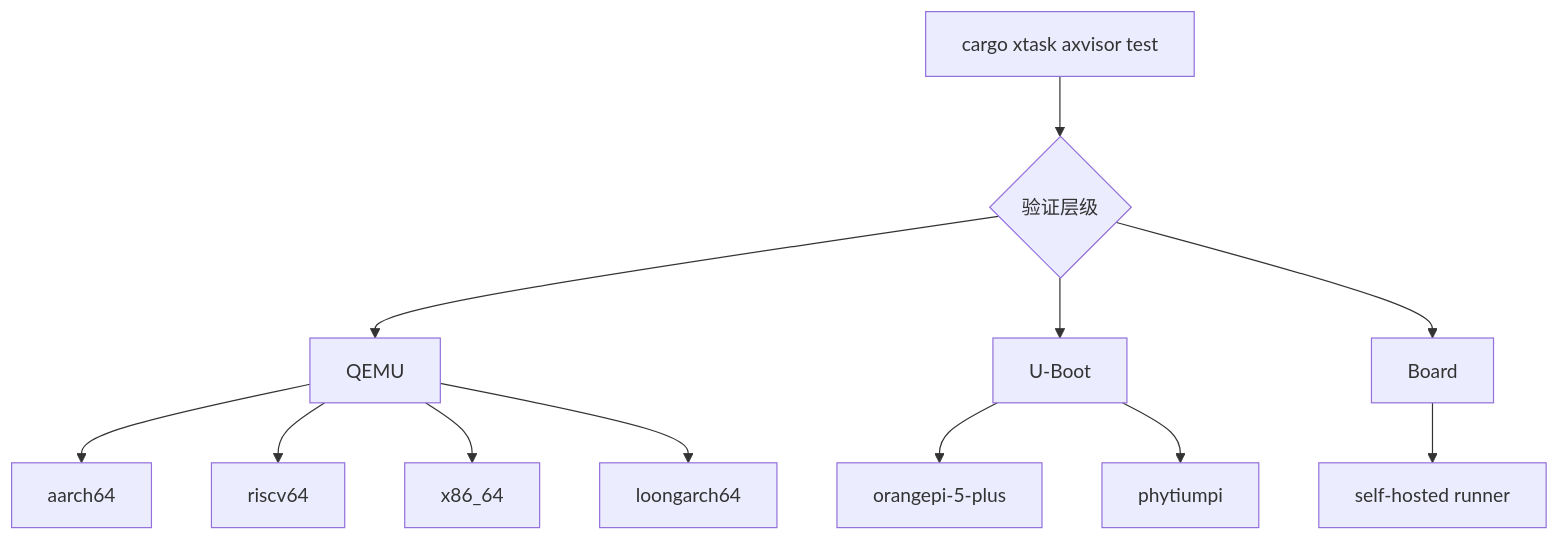
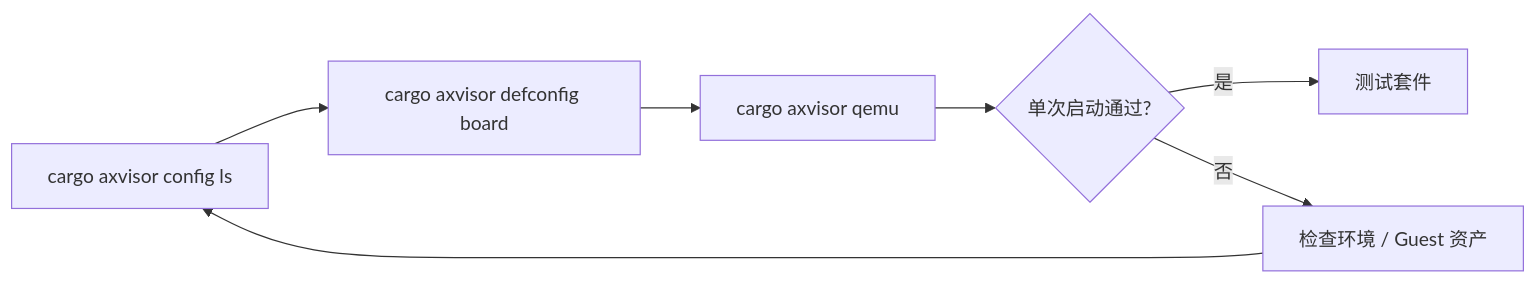
One commit to rcore-os/tgoskits changed the diagram in docs/docs/quickstart/axvisor.md. Above: the diagram before and after it, drawn with Mermaid. The commit also changed other lines of this file and 8 other files, not shown here.

````diff
--- a/docs/docs/quickstart/axvisor.md
+++ b/docs/docs/quickstart/axvisor.md
@@ -11,14 +11,9 @@
 ```mermaid
-flowchart TD
-  A[cargo xtask axvisor test] --> B{验证层级}
-  B --> C[QEMU]
-  B --> D[U-Boot]
-  B --> E[Board]
-  C --> C1[aarch64]
-  C --> C2[riscv64]
-  C --> C3[x86_64]
-  C --> C4[loongarch64]
-  D --> D1[orangepi-5-plus]
-  D --> D2[phytiumpi]
-  E --> E1[self-hosted runner]
+flowchart LR
+  A[cargo axvisor config ls] --> B[cargo axvisor defconfig board]
+  B --> C[cargo axvisor qemu]
+  C --> D{单次启动通过?}
+  D -- 是 --> E[测试套件]
+  D -- 否 --> F[检查环境 / Guest 资产]
+  F --> A
 ```
````
